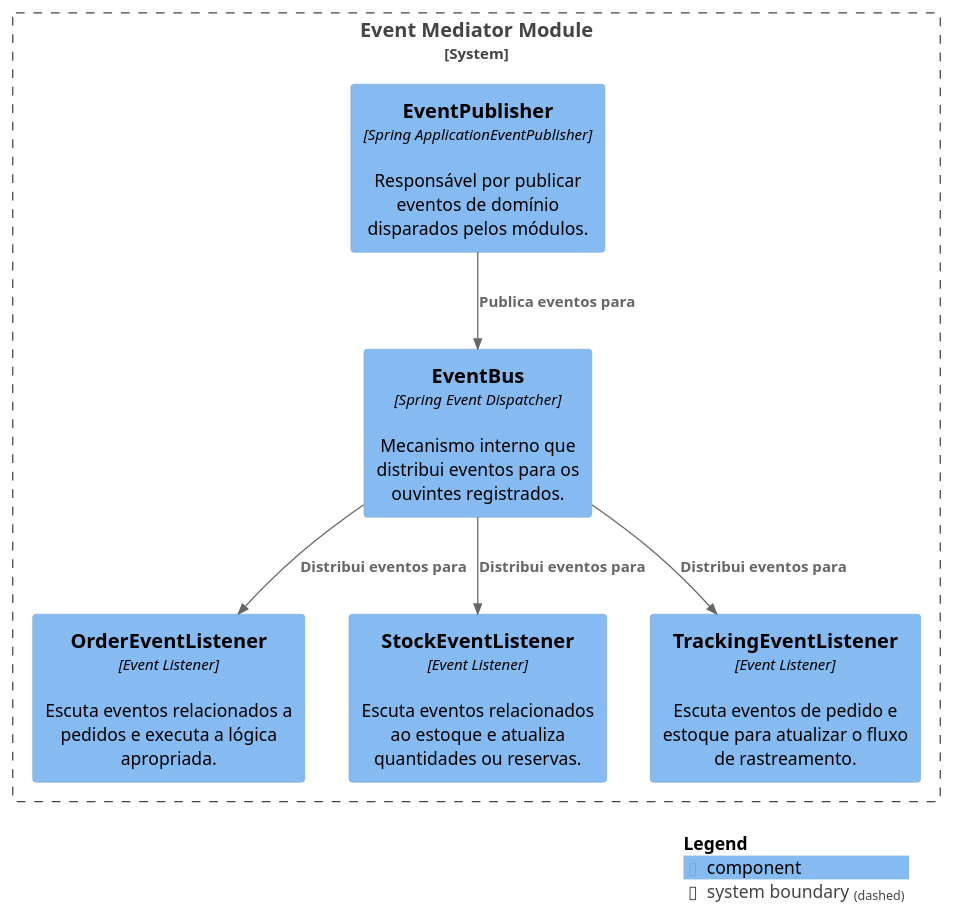
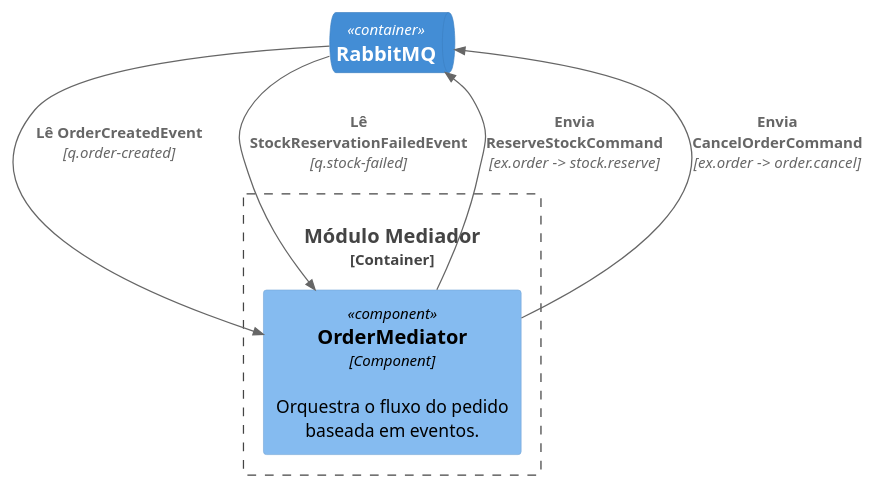
One commit to TiagoCatoia/event-mediator-stock-order-system changed the diagram in docs/architecture/c4/c3-components-mediator.puml. Above: the diagram before and after it, drawn with PlantUML. The commit also changed 6 other files, not shown here.

Commit message:
docs: update C4 architecture diagrams

```diff
--- a/docs/architecture/c4/c3-components-mediator.puml
+++ b/docs/architecture/c4/c3-components-mediator.puml
@@ -1,23 +1,18 @@
 @startuml
 !include https://raw.githubusercontent.com/plantuml-stdlib/C4-PlantUML/master/C4_Component.puml
 
-System_Boundary(mediatorBoundary, "Event Mediator Module") {
-
-    Component(eventPublisher, "EventPublisher", "Spring ApplicationEventPublisher","Responsável por publicar eventos de domínio disparados pelos módulos.")
-
-    Component(eventBus, "EventBus", "Spring Event Dispatcher","Mecanismo interno que distribui eventos para os ouvintes registrados.")
-
-    Component(orderListener, "OrderEventListener", "Event Listener","Escuta eventos relacionados a pedidos e executa a lógica apropriada.")
-
-    Component(stockListener, "StockEventListener", "Event Listener","Escuta eventos relacionados ao estoque e atualiza quantidades ou reservas.")
-
-    Component(trackingListener, "TrackingEventListener", "Event Listener","Escuta eventos de pedido e estoque para atualizar o fluxo de rastreamento.")
+Container_Boundary(mediatorBoundary, "Módulo Mediador") {
+    Component(mediator, "OrderMediator", "Component", "Orquestra o fluxo do pedido baseada em eventos.")
 }
 
-Rel(eventPublisher, eventBus, "Publica eventos para")
-Rel(eventBus, orderListener, "Distribui eventos para")
-Rel(eventBus, stockListener, "Distribui eventos para")
-Rel(eventBus, trackingListener, "Distribui eventos para")
+ContainerQueue(rabbitmq, "RabbitMQ")
 
-SHOW_LEGEND()
+' Fluxo de Sucesso
+Rel(rabbitmq, mediator, "Lê OrderCreatedEvent", "q.order-created")
+Rel(mediator, rabbitmq, "Envia ReserveStockCommand", "ex.order -> stock.reserve")
+
+' Fluxo de Falha
+Rel(rabbitmq, mediator, "Lê StockReservationFailedEvent", "q.stock-failed")
+Rel(mediator, rabbitmq, "Envia CancelOrderCommand", "ex.order -> order.cancel")
+
 @enduml
```
